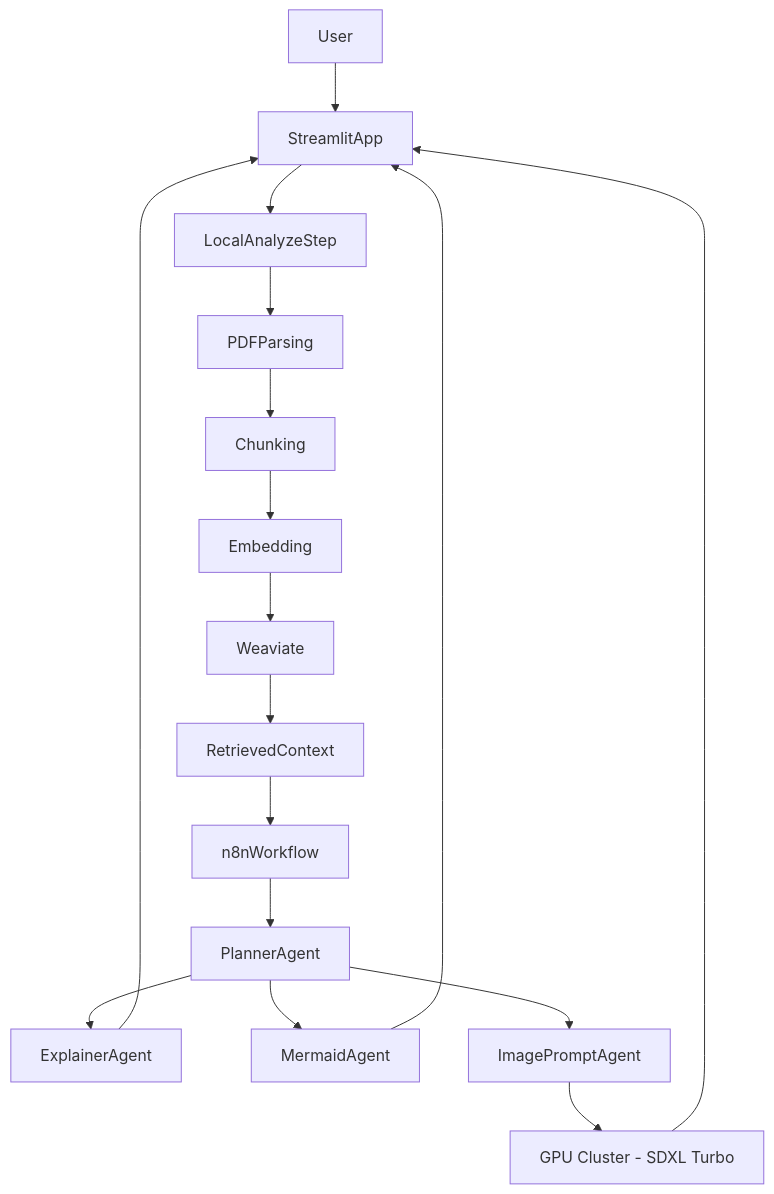
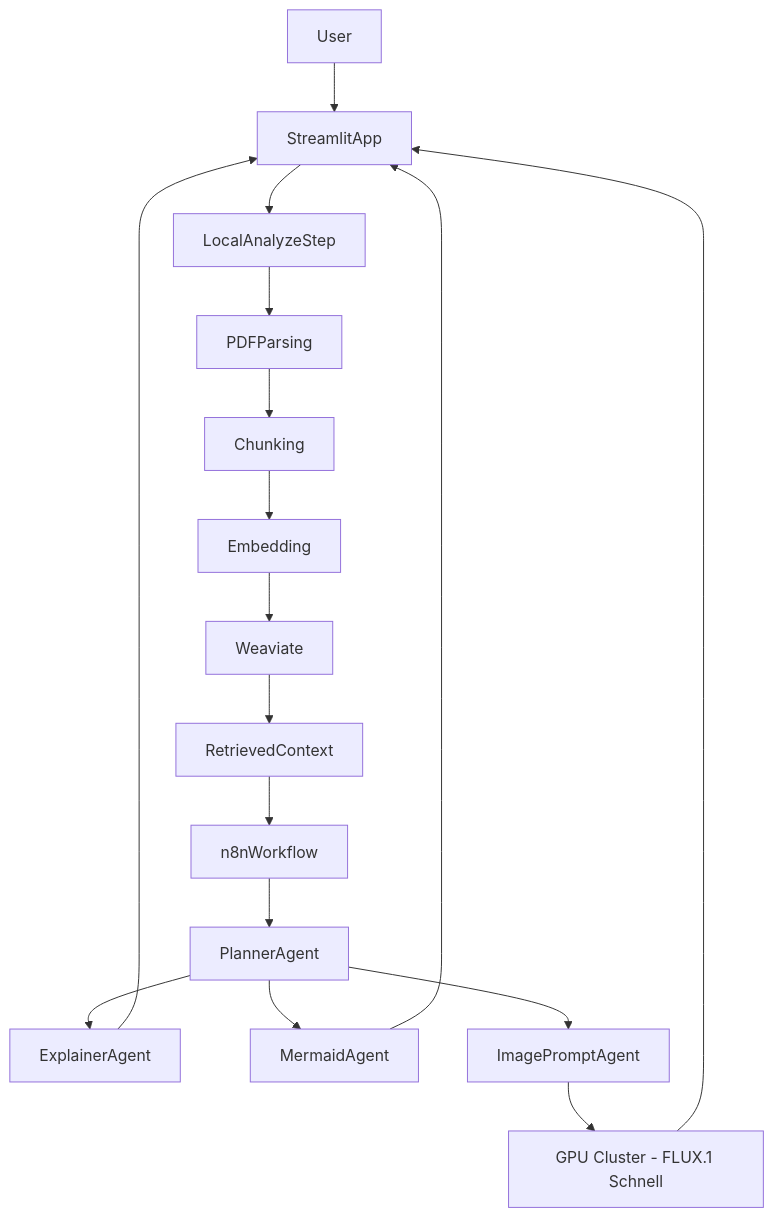
One commit to Danispeed/arpx changed the diagram in README.md. Above: the diagram before and after it, drawn with Mermaid. The commit also changed other lines of this file and 7 other files, not shown here.

First line of the commit message:
feat(image_service): swap SDXL Turbo for FLUX.1 Schnell

````diff
--- a/README.md
+++ b/README.md
@@ -101,19 +101,19 @@
 ```mermaid
 graph TD
 User[User] --> UI[StreamlitApp]
 UI --> Analyze[LocalAnalyzeStep]
 Analyze --> Parse[PDFParsing]
 Parse --> Chunk[Chunking]
 Chunk --> Embed[Embedding]
 Embed --> WDB[Weaviate]
 WDB --> Context[RetrievedContext]
 Context --> N8N[n8nWorkflow]
 N8N --> Planner[PlannerAgent]
 Planner --> Explain[ExplainerAgent]
 Planner --> Diagram[MermaidAgent]
 Planner --> ImgPrompt[ImagePromptAgent]
-ImgPrompt --> GPU[GPU Cluster - SDXL Turbo]
+ImgPrompt --> GPU[GPU Cluster - FLUX.1 Schnell]
 Explain --> UI
 Diagram --> UI
 GPU --> UI
 ```
````
